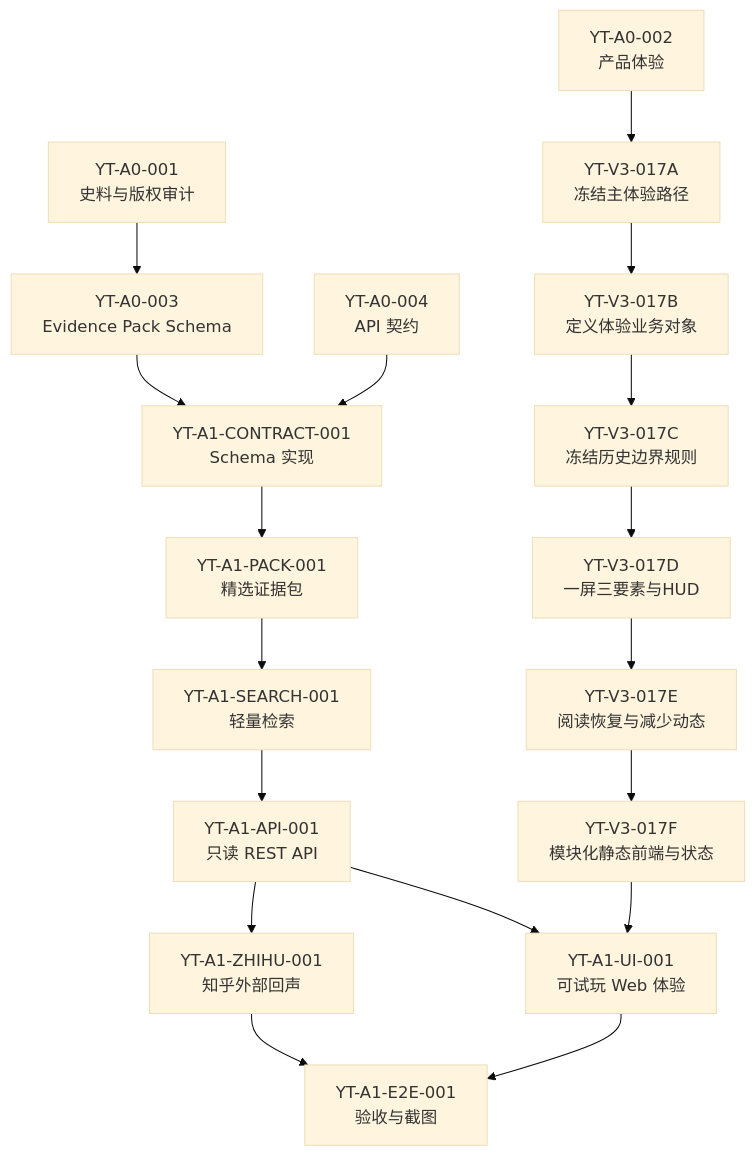
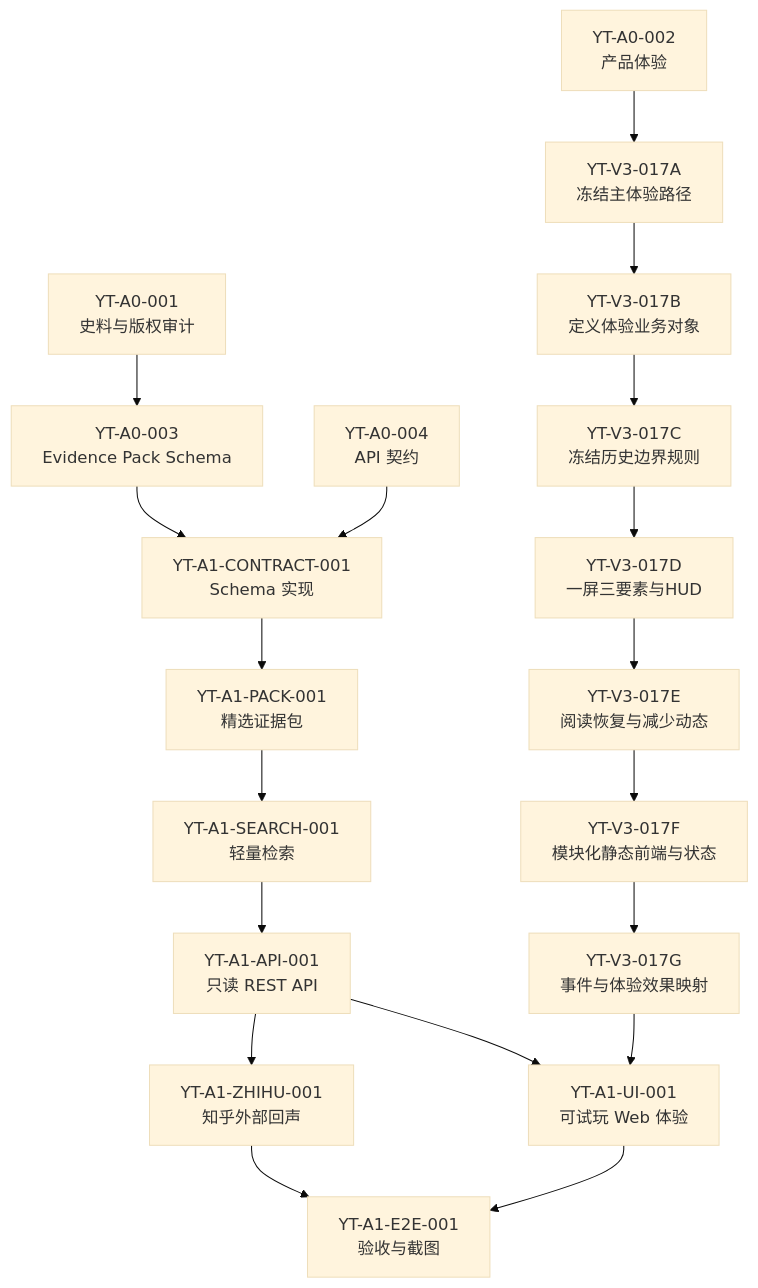
Before and after one commit to baijianqing/yantie-history: the diagram in docs/YANTIE_TASK_BREAKDOWN.md, drawn with Mermaid (base theme). The commit also changed other lines of this file, not shown here.

````diff
--- a/docs/YANTIE_TASK_BREAKDOWN.md
+++ b/docs/YANTIE_TASK_BREAKDOWN.md
@@ -24,21 +24,22 @@
 ```mermaid
 flowchart TB
     A001["YT-A0-001<br/>史料与版权审计"] --> A003["YT-A0-003<br/>Evidence Pack Schema"]
     A002["YT-A0-002<br/>产品体验"]
     A003 --> C001["YT-A1-CONTRACT-001<br/>Schema 实现"]
     A004["YT-A0-004<br/>API 契约"] --> C001
     C001 --> P001["YT-A1-PACK-001<br/>精选证据包"]
     P001 --> S001["YT-A1-SEARCH-001<br/>轻量检索"]
     S001 --> API001["YT-A1-API-001<br/>只读 REST API"]
     API001 --> UI001["YT-A1-UI-001<br/>可试玩 Web 体验"]
     API001 --> ZH001["YT-A1-ZHIHU-001<br/>知乎外部回声"]
     UI001 --> E2E001["YT-A1-E2E-001<br/>验收与截图"]
     ZH001 --> E2E001
     A002 --> V3017A["YT-V3-017A<br/>冻结主体验路径"]
     V3017A --> V3017B["YT-V3-017B<br/>定义体验业务对象"]
     V3017B --> V3017C["YT-V3-017C<br/>冻结历史边界规则"]
     V3017C --> V3017D["YT-V3-017D<br/>一屏三要素与HUD"]
     V3017D --> V3017E["YT-V3-017E<br/>阅读恢复与减少动态"]
     V3017E --> V3017F["YT-V3-017F<br/>模块化静态前端与状态"]
-    V3017F --> UI001
+    V3017F --> V3017G["YT-V3-017G<br/>事件与体验效果映射"]
+    V3017G --> UI001
 ```
````
